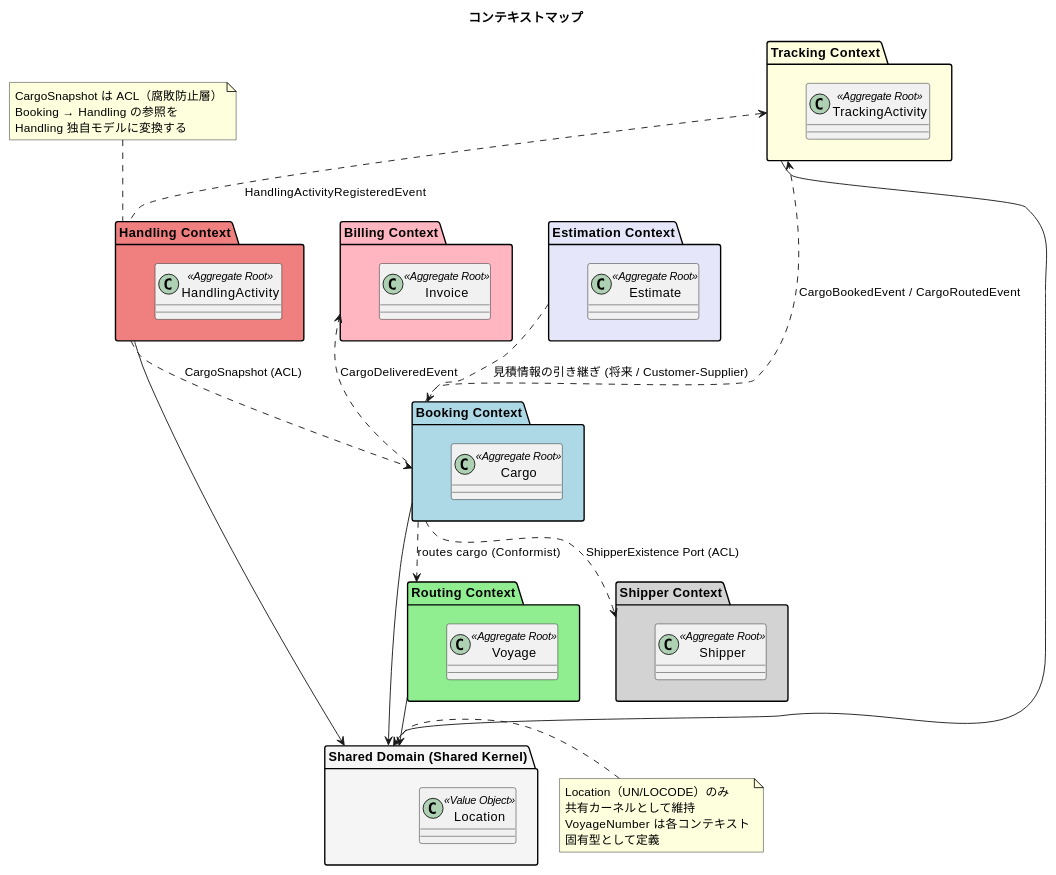
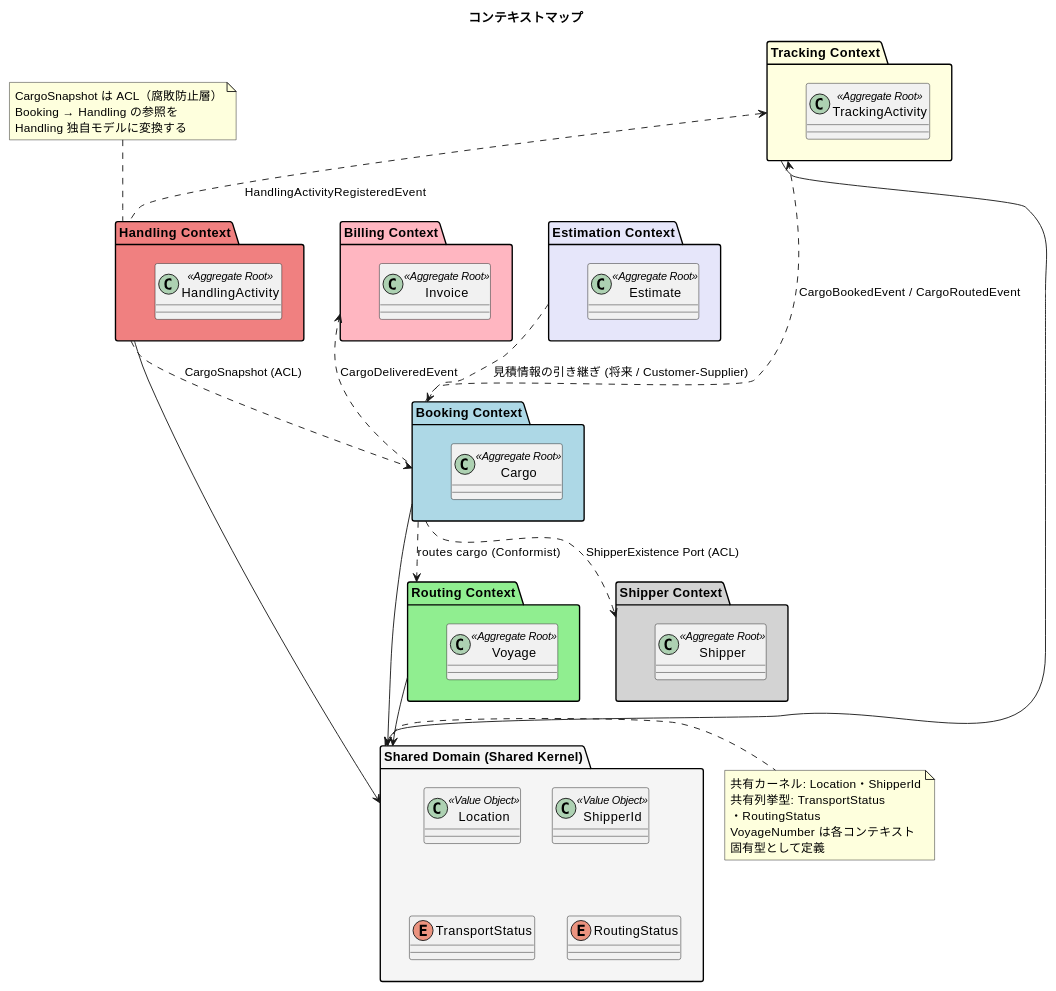
Before and after one commit to k2works/case-study-cargo-tracker: the second of 8 diagrams in docs/design/architecture_backend.md, drawn with PlantUML. The commit also changed other lines of this file and 6 other files, not shown here.

````diff
--- a/docs/design/architecture_backend.md
+++ b/docs/design/architecture_backend.md
@@ -144,57 +144,61 @@
 ```plantuml
 @startuml
 title コンテキストマップ
 
 package "Booking Context" as booking #LightBlue {
   class Cargo <<Aggregate Root>>
 }
 package "Shipper Context" as shipper #LightGray {
   class Shipper <<Aggregate Root>>
 }
 package "Estimation Context" as estimation #Lavender {
   class Estimate <<Aggregate Root>>
 }
 package "Routing Context" as routing #LightGreen {
   class Voyage <<Aggregate Root>>
 }
 package "Tracking Context" as tracking #LightYellow {
   class TrackingActivity <<Aggregate Root>>
 }
 package "Handling Context" as handling #LightCoral {
   class HandlingActivity <<Aggregate Root>>
 }
 package "Billing Context" as billing #LightPink {
   class Invoice <<Aggregate Root>>
 }
 package "Shared Domain (Shared Kernel)" as shared #WhiteSmoke {
   class Location <<Value Object>>
+  class ShipperId <<Value Object>>
+  enum TransportStatus
+  enum RoutingStatus
 }
 
 booking --> shared
 routing --> shared
 tracking --> shared
 handling --> shared
 
 estimation ..> booking : 見積情報の引き継ぎ (将来 / Customer-Supplier)
 booking ..> routing : routes cargo (Conformist)
 booking ..> shipper : ShipperExistence Port (ACL)
 handling ..> booking : CargoSnapshot (ACL)
 tracking <.. booking : CargoBookedEvent / CargoRoutedEvent
 tracking <.. handling : HandlingActivityRegisteredEvent
 billing <.. booking : CargoDeliveredEvent
 
 note top of handling
   CargoSnapshot は ACL（腐敗防止層）
   Booking → Handling の参照を
   Handling 独自モデルに変換する
 end note
 
 note right of shared
-  Location（UN/LOCODE）のみ
-  共有カーネルとして維持
+  共有カーネル: Location・ShipperId
+  共有列挙型: TransportStatus
+  ・RoutingStatus
   VoyageNumber は各コンテキスト
   固有型として定義
 end note
 
 @enduml
 ```
````
